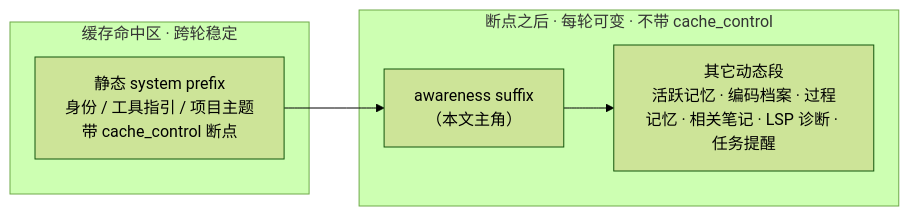
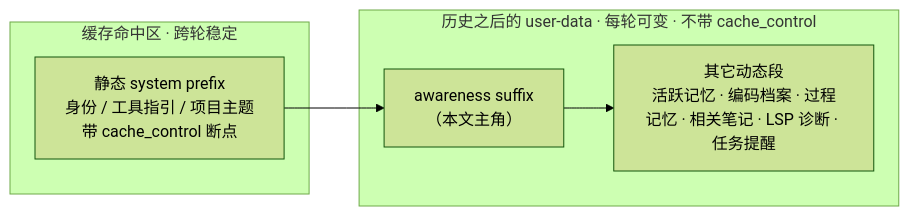
The first of 5 diagrams in docs/architecture/agent/behavior-awareness.md (shiwenwen/hope-agent), drawn with Mermaid (forest theme) before and after one commit. The commit also changed other lines of this file and 196 other files, not shown here.

````diff
--- a/docs/architecture/agent/behavior-awareness.md
+++ b/docs/architecture/agent/behavior-awareness.md
@@ -32,11 +32,11 @@
 ```mermaid
 flowchart LR
     subgraph cached["缓存命中区 · 跨轮稳定"]
         P["静态 system prefix<br/>身份 / 工具指引 / 项目主题<br/>带 cache_control 断点"]
     end
-    subgraph tail["断点之后 · 每轮可变 · 不带 cache_control"]
+    subgraph tail["历史之后的 user-data · 每轮可变 · 不带 cache_control"]
         A["awareness suffix<br/>（本文主角）"]
         M["其它动态段<br/>活跃记忆 · 编码档案 · 过程记忆 · 相关笔记 · LSP 诊断 · 任务提醒"]
     end
     P --> A --> M
 ```
````
